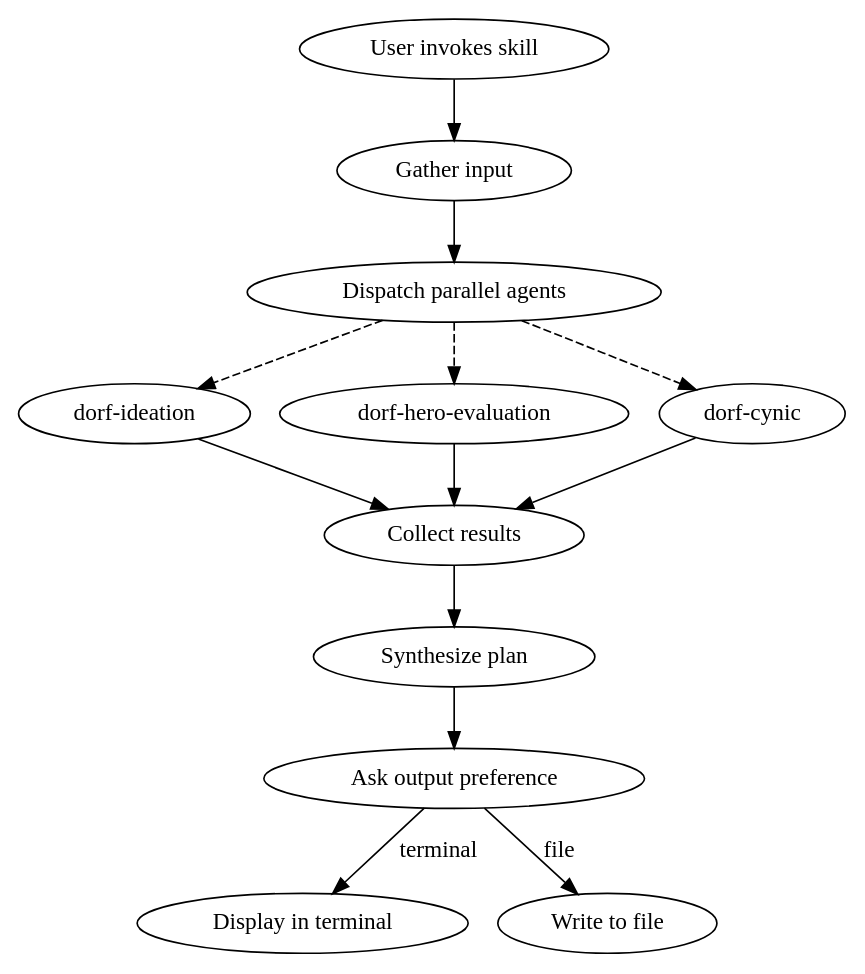
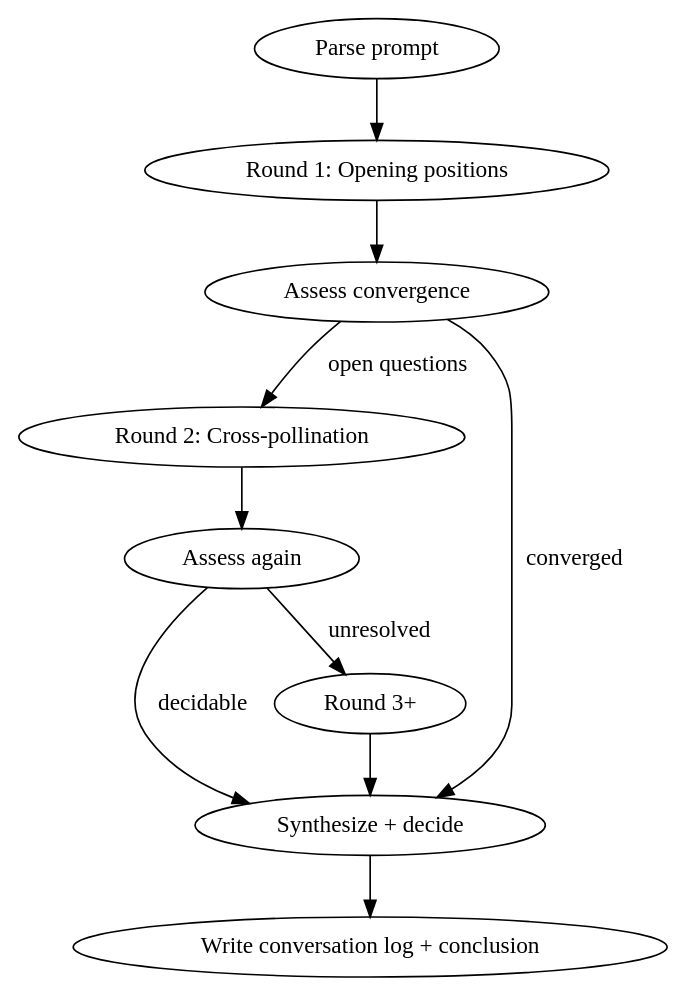
The diagram in skills/dorf-hero-design/SKILL.md (Deltran/claude-config), drawn with Graphviz before and after one commit. The commit also changed other lines of this file and 10 other files, not shown here.

````diff
--- a/skills/dorf-hero-design/SKILL.md
+++ b/skills/dorf-hero-design/SKILL.md
@@ -80,16 +76,14 @@
 ```dot
 digraph hero_design {
-    "User invokes skill" -> "Gather input";
-    "Gather input" -> "Dispatch parallel agents";
-    "Dispatch parallel agents" -> "dorf-ideation" [style=dashed];
-    "Dispatch parallel agents" -> "dorf-hero-evaluation" [style=dashed];
-    "Dispatch parallel agents" -> "dorf-cynic" [style=dashed];
-    "dorf-ideation" -> "Collect results";
-    "dorf-hero-evaluation" -> "Collect results";
-    "dorf-cynic" -> "Collect results";
-    "Collect results" -> "Synthesize plan";
-    "Synthesize plan" -> "Ask output preference";
-    "Ask output preference" -> "Display in terminal" [label="terminal"];
-    "Ask output preference" -> "Write to file" [label="file"];
+    rankdir=TB;
+    "Parse prompt" -> "Round 1: Opening positions";
+    "Round 1: Opening positions" -> "Assess convergence";
+    "Assess convergence" -> "Round 2: Cross-pollination" [label="open questions"];
+    "Assess convergence" -> "Synthesize + decide" [label="converged"];
+    "Round 2: Cross-pollination" -> "Assess again";
+    "Assess again" -> "Round 3+" [label="unresolved"];
+    "Assess again" -> "Synthesize + decide" [label="decidable"];
+    "Round 3+" -> "Synthesize + decide";
+    "Synthesize + decide" -> "Write conversation log + conclusion";
 }
 ```
````
